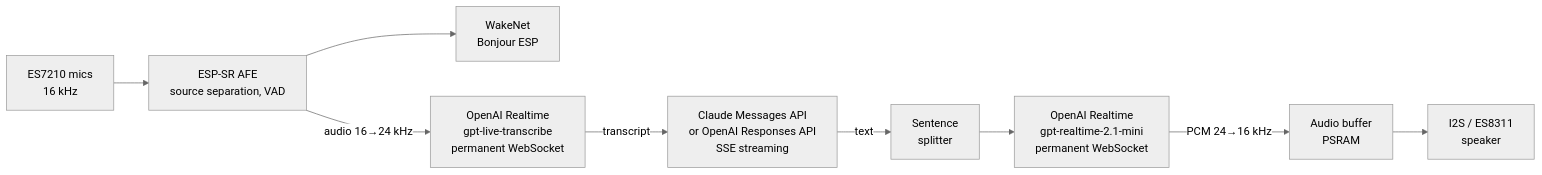
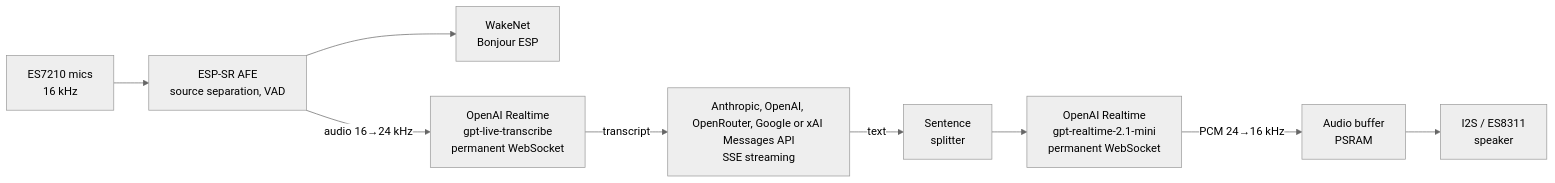
Before and after one commit to vletroye/ESP32-S3-Voice-Assistant: the diagram in README.md, drawn with Mermaid (neutral theme). The commit also changed other lines of this file and 19 other files, not shown here.

````diff
--- a/README.md
+++ b/README.md
@@ -84,11 +84,11 @@
 ```mermaid
 flowchart LR
     MIC[ES7210 mics<br/>16 kHz] --> AFE[ESP-SR AFE<br/>source separation, VAD]
     AFE --> WN[WakeNet<br/>Bonjour ESP]
     AFE -->|audio 16→24 kHz| STT[OpenAI Realtime<br/>gpt-live-transcribe<br/>permanent WebSocket]
-    STT -->|transcript| LLM[Claude Messages API<br/>or OpenAI Responses API<br/>SSE streaming]
+    STT -->|transcript| LLM[Anthropic, OpenAI, OpenRouter, Google or xAI Messages API<br/>SSE streaming]
     LLM -->|text| SPL[Sentence<br/>splitter]
     SPL --> TTS[OpenAI Realtime<br/>gpt-realtime-2.1-mini<br/>permanent WebSocket]
     TTS -->|PCM 24→16 kHz| BUF[Audio buffer<br/>PSRAM]
     BUF --> SPK[I2S / ES8311<br/>speaker]
 ```
````
